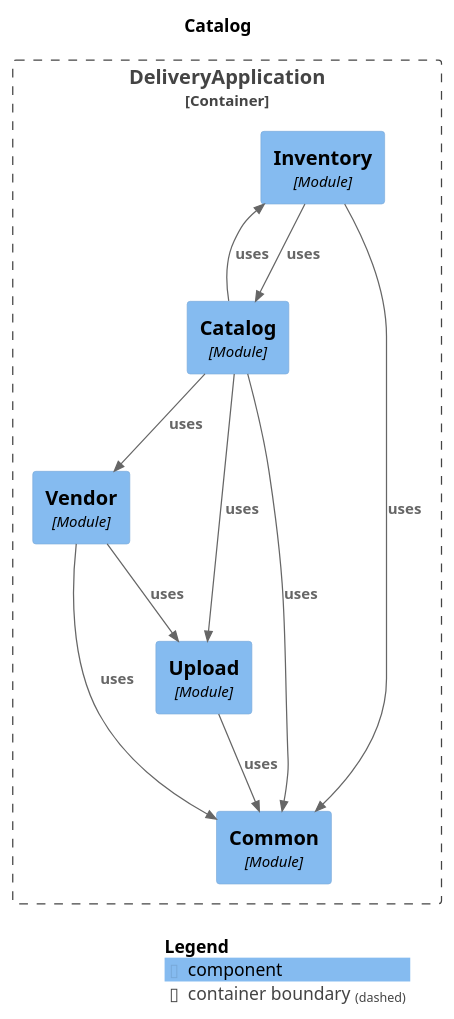
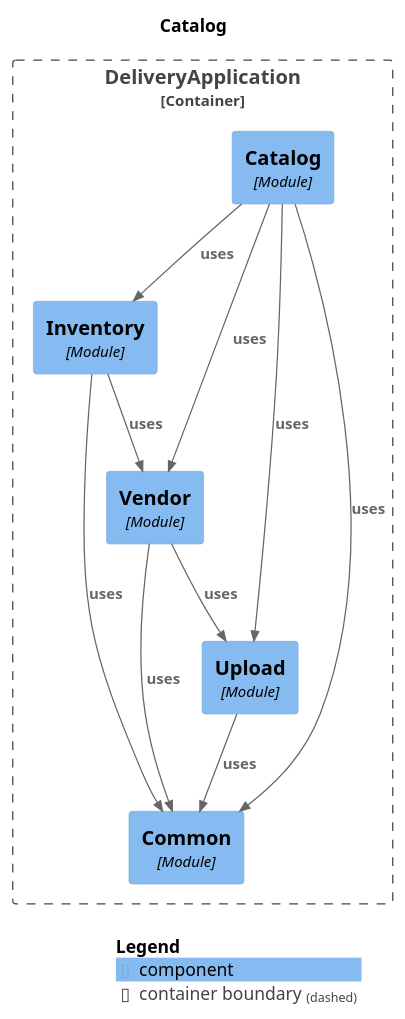
The diagram in docs/architecture/modules/module-catalog.puml (fxavier/pede-aqui), drawn with PlantUML before and after one commit. The commit also changed 22 other files, not shown here.

```diff
--- a/docs/architecture/modules/module-catalog.puml
+++ b/docs/architecture/modules/module-catalog.puml
@@ -1,30 +1,30 @@
 @startuml
 set separator none
 title Catalog
 
 top to bottom direction
 
 !include <C4/C4>
 !include <C4/C4_Context>
 !include <C4/C4_Component>
 
 Container_Boundary("DeliveryApplication.DeliveryApplication_boundary", "DeliveryApplication", $tags="") {
   Component(DeliveryApplication.DeliveryApplication.Inventory, "Inventory", $techn="Module", $descr="", $tags="", $link="")
   Component(DeliveryApplication.DeliveryApplication.Upload, "Upload", $techn="Module", $descr="", $tags="", $link="")
   Component(DeliveryApplication.DeliveryApplication.Vendor, "Vendor", $techn="Module", $descr="", $tags="", $link="")
   Component(DeliveryApplication.DeliveryApplication.Catalog, "Catalog", $techn="Module", $descr="", $tags="", $link="")
   Component(DeliveryApplication.DeliveryApplication.Common, "Common", $techn="Module", $descr="", $tags="", $link="")
 }
 
 Rel(DeliveryApplication.DeliveryApplication.Catalog, DeliveryApplication.DeliveryApplication.Upload, "uses", $techn="", $tags="", $link="")
 Rel(DeliveryApplication.DeliveryApplication.Catalog, DeliveryApplication.DeliveryApplication.Vendor, "uses", $techn="", $tags="", $link="")
 Rel(DeliveryApplication.DeliveryApplication.Catalog, DeliveryApplication.DeliveryApplication.Inventory, "uses", $techn="", $tags="", $link="")
 Rel(DeliveryApplication.DeliveryApplication.Catalog, DeliveryApplication.DeliveryApplication.Common, "uses", $techn="", $tags="", $link="")
 Rel(DeliveryApplication.DeliveryApplication.Vendor, DeliveryApplication.DeliveryApplication.Common, "uses", $techn="", $tags="", $link="")
 Rel(DeliveryApplication.DeliveryApplication.Vendor, DeliveryApplication.DeliveryApplication.Upload, "uses", $techn="", $tags="", $link="")
+Rel(DeliveryApplication.DeliveryApplication.Inventory, DeliveryApplication.DeliveryApplication.Common, "uses", $techn="", $tags="", $link="")
+Rel(DeliveryApplication.DeliveryApplication.Inventory, DeliveryApplication.DeliveryApplication.Vendor, "uses", $techn="", $tags="", $link="")
 Rel(DeliveryApplication.DeliveryApplication.Upload, DeliveryApplication.DeliveryApplication.Common, "uses", $techn="", $tags="", $link="")
-Rel(DeliveryApplication.DeliveryApplication.Inventory, DeliveryApplication.DeliveryApplication.Common, "uses", $techn="", $tags="", $link="")
-Rel(DeliveryApplication.DeliveryApplication.Inventory, DeliveryApplication.DeliveryApplication.Catalog, "uses", $techn="", $tags="", $link="")
 
 SHOW_LEGEND(true)
 @enduml
```
